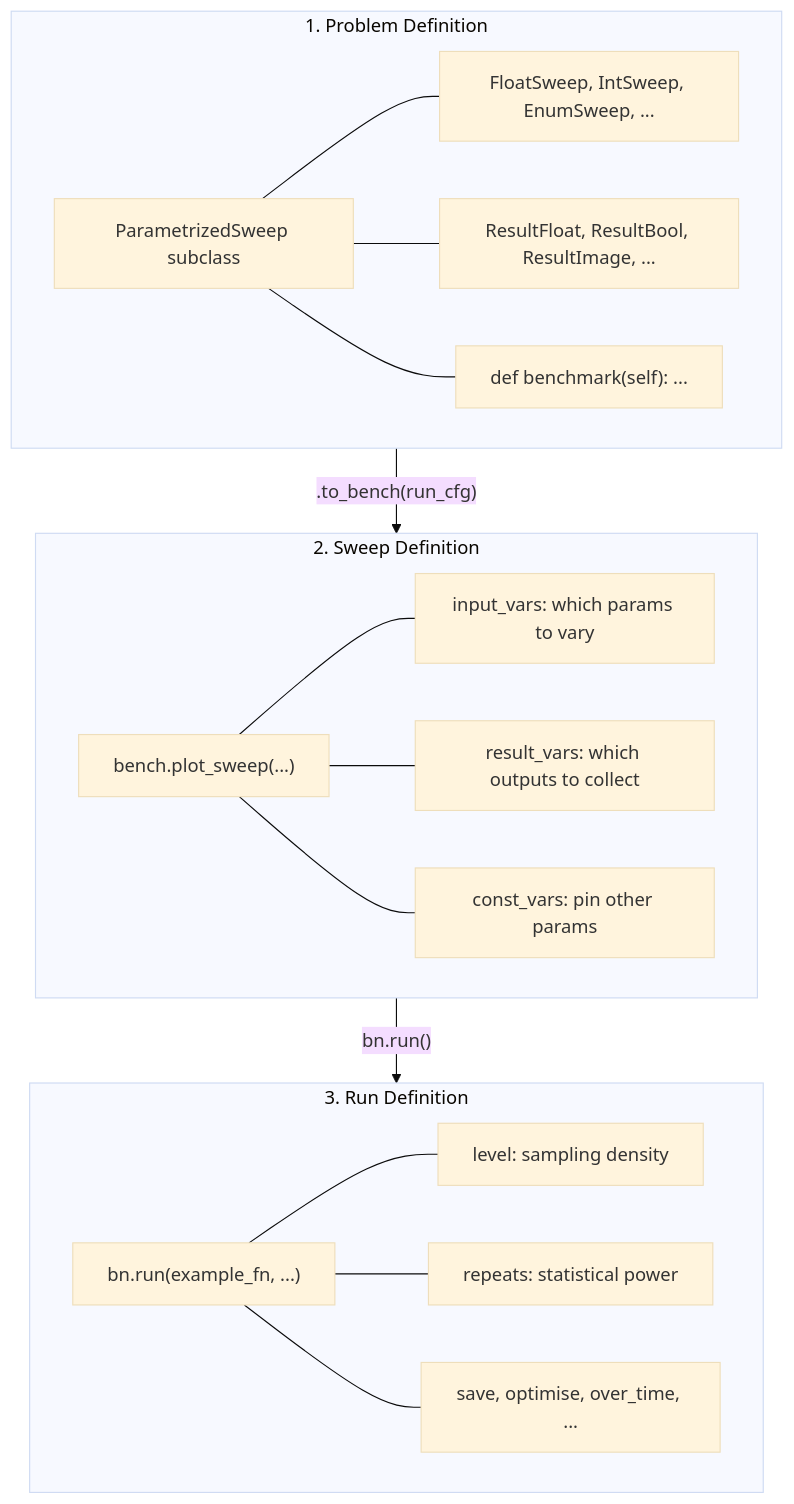
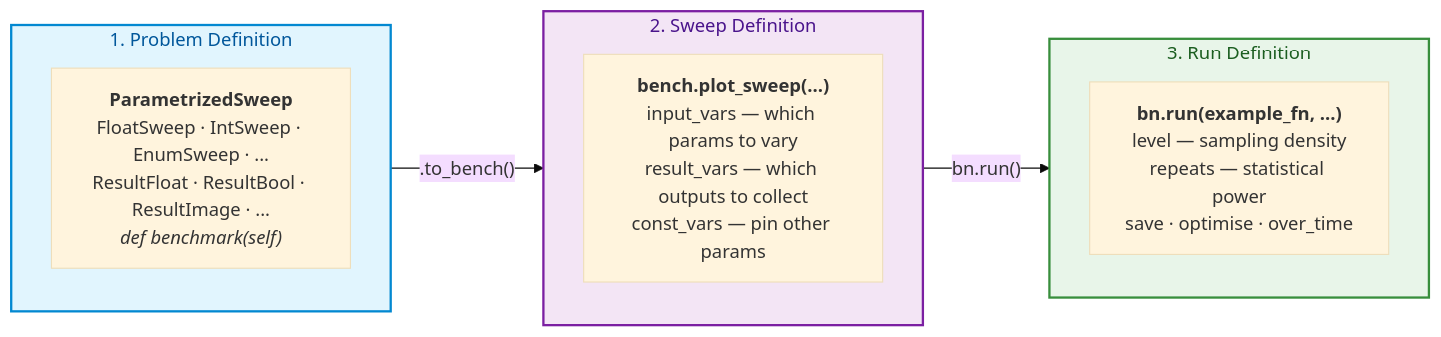
One commit to blooop/bencher changed the diagram in docs/concepts.md. Above: the diagram before and after it, drawn with Mermaid (base theme). The commit also changed 2 other files, not shown here.

Commit message:
docs: clarify page roles and improve mermaid diagram
- Rename "How to Use Bencher" → "Getting Started" (practical reference)
- Rename "Usage" → "Feature Guide" (feature tour with gallery links)
- Remove duplicate sweep/result type listings from Feature Guide
- Each page now opens with its purpose and links to the other
- Mermaid diagram: LR layout, one node per stage, color-coded subgraphs

````diff
--- a/docs/concepts.md
+++ b/docs/concepts.md
@@ -49,35 +49,21 @@
 ```{mermaid}
-flowchart TB
-    subgraph Stage1 ["1. Problem Definition"]
-        PS["ParametrizedSweep subclass"]
-        Inputs["FloatSweep, IntSweep, EnumSweep, ..."]
-        Results["ResultFloat, ResultBool, ResultImage, ..."]
-        Fn["def benchmark(self): ..."]
-        PS --- Inputs
-        PS --- Results
-        PS --- Fn
+flowchart LR
+    subgraph Problem ["1. Problem Definition"]
+        PS["<b>ParametrizedSweep</b><br/>FloatSweep · IntSweep · EnumSweep · ...<br/>ResultFloat · ResultBool · ResultImage · ...<br/><i>def benchmark(self)</i>"]
     end
 
-    subgraph Stage2 ["2. Sweep Definition"]
-        PlotSweep["bench.plot_sweep(...)"]
-        IV["input_vars: which params to vary"]
-        RV["result_vars: which outputs to collect"]
-        CV["const_vars: pin other params"]
-        PlotSweep --- IV
-        PlotSweep --- RV
-        PlotSweep --- CV
+    subgraph Sweep ["2. Sweep Definition"]
+        SW["<b>bench.plot_sweep(...)</b><br/>input_vars — which params to vary<br/>result_vars — which outputs to collect<br/>const_vars — pin other params"]
     end
 
-    subgraph Stage3 ["3. Run Definition"]
-        Run["bn.run(example_fn, ...)"]
-        Level["level: sampling density"]
-        Repeats["repeats: statistical power"]
-        Opts["save, optimise, over_time, ..."]
-        Run --- Level
-        Run --- Repeats
-        Run --- Opts
+    subgraph Run ["3. Run Definition"]
+        RN["<b>bn.run(example_fn, ...)</b><br/>level — sampling density<br/>repeats — statistical power<br/>save · optimise · over_time"]
     end
 
-    Stage1 -- ".to_bench(run_cfg)" --> Stage2
-    Stage2 -- "bn.run()" --> Stage3
+    Problem -- ".to_bench()" --> Sweep
+    Sweep -- "bn.run()" --> Run
+
+    style Problem fill:#e1f5fe,stroke:#0288d1,stroke-width:2px,color:#01579b
+    style Sweep fill:#f3e5f5,stroke:#7b1fa2,stroke-width:2px,color:#4a148c
+    style Run fill:#e8f5e9,stroke:#388e3c,stroke-width:2px,color:#1b5e20
 ```
````
